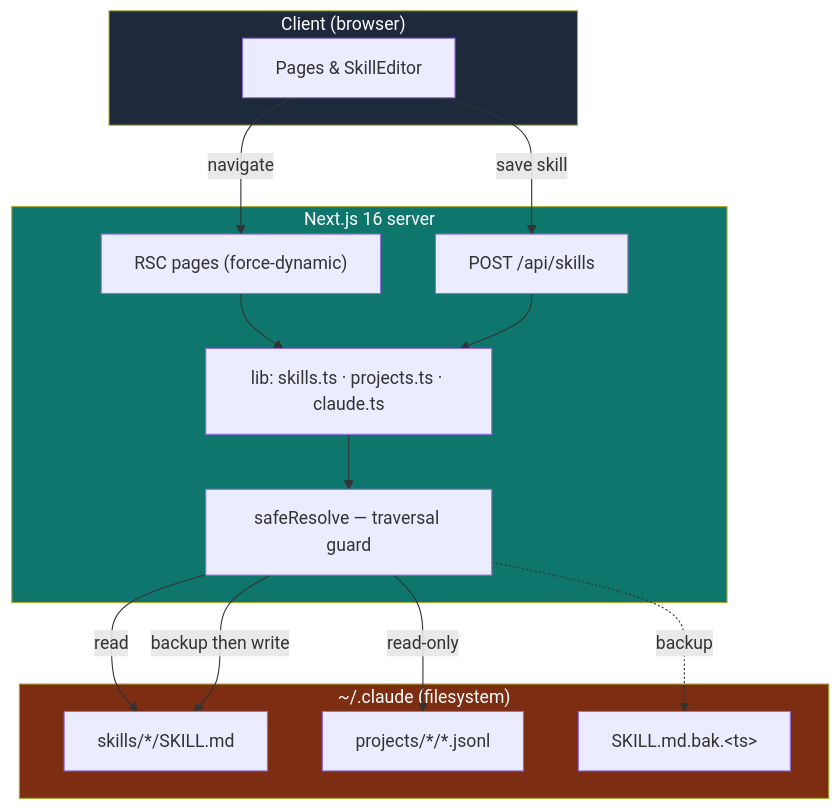
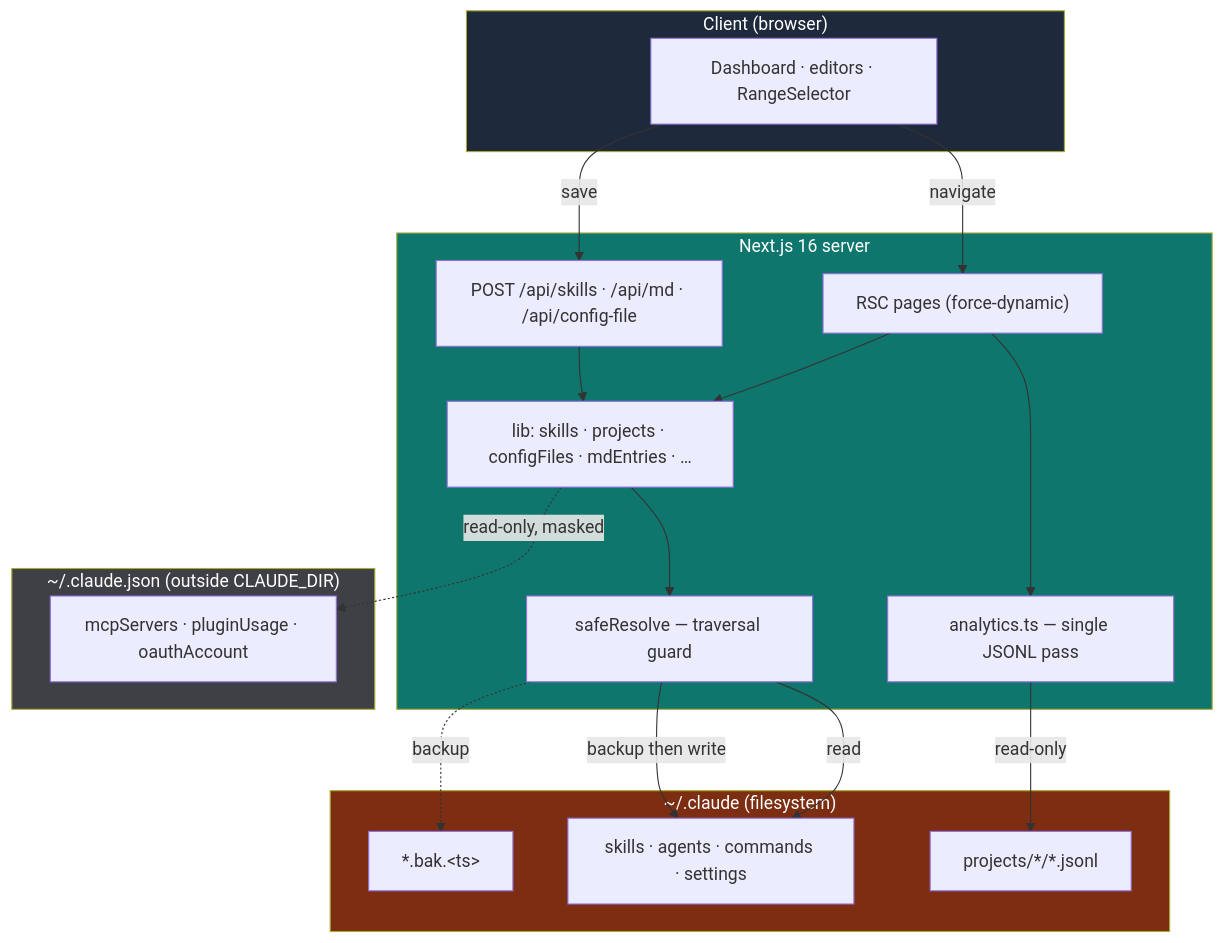
One commit to maximebgd/claudeboard changed the diagram in README.md. Above: the diagram before and after it, drawn with Mermaid. The commit also changed other lines of this file and 1 other file, not shown here.

Commit message:
feat: update project documentation to enhance clarity on local data handling and analytics features

````diff
--- a/README.md
+++ b/README.md
@@ -105,31 +116,38 @@
 ```mermaid
 flowchart TD
     subgraph CLIENT["Client (browser)"]
-      UI["Pages & SkillEditor"]
+      UI["Dashboard · editors · RangeSelector"]
     end
     subgraph SERVER["Next.js 16 server"]
       PAGES["RSC pages (force-dynamic)"]
-      API["POST /api/skills"]
-      LIB["lib: skills.ts · projects.ts · claude.ts"]
+      API["POST /api/skills · /api/md · /api/config-file"]
+      ANALYTICS["analytics.ts — single JSONL pass"]
+      LIB["lib: skills · projects · configFiles · mdEntries · …"]
       GUARD["safeResolve — traversal guard"]
     end
     subgraph FS["~/.claude (filesystem)"]
-      SKILLS["skills/*/SKILL.md"]
-      PROJ["projects/*/*.jsonl"]
-      BAK["SKILL.md.bak.&lt;ts&gt;"]
+      TRANSCRIPTS["projects/*/*.jsonl"]
+      SKILLS["skills · agents · commands · settings"]
+      BAK["*.bak.&lt;ts&gt;"]
+    end
+    subgraph EXT["~/.claude.json (outside CLAUDE_DIR)"]
+      MCP["mcpServers · pluginUsage · oauthAccount"]
     end
 
     UI -->|navigate| PAGES
-    UI -->|save skill| API
+    UI -->|save| API
+    PAGES --> ANALYTICS
     PAGES --> LIB
     API --> LIB
+    ANALYTICS -->|read-only| TRANSCRIPTS
     LIB --> GUARD
     GUARD -->|read| SKILLS
-    GUARD -->|read-only| PROJ
     GUARD -->|backup then write| SKILLS
     GUARD -.->|backup| BAK
+    LIB -.->|read-only, masked| MCP
 
     style CLIENT fill:#1e293b,color:#fff
     style SERVER fill:#0f766e,color:#fff
     style FS fill:#7c2d12,color:#fff
+    style EXT fill:#3f3f46,color:#fff
 ```
````
